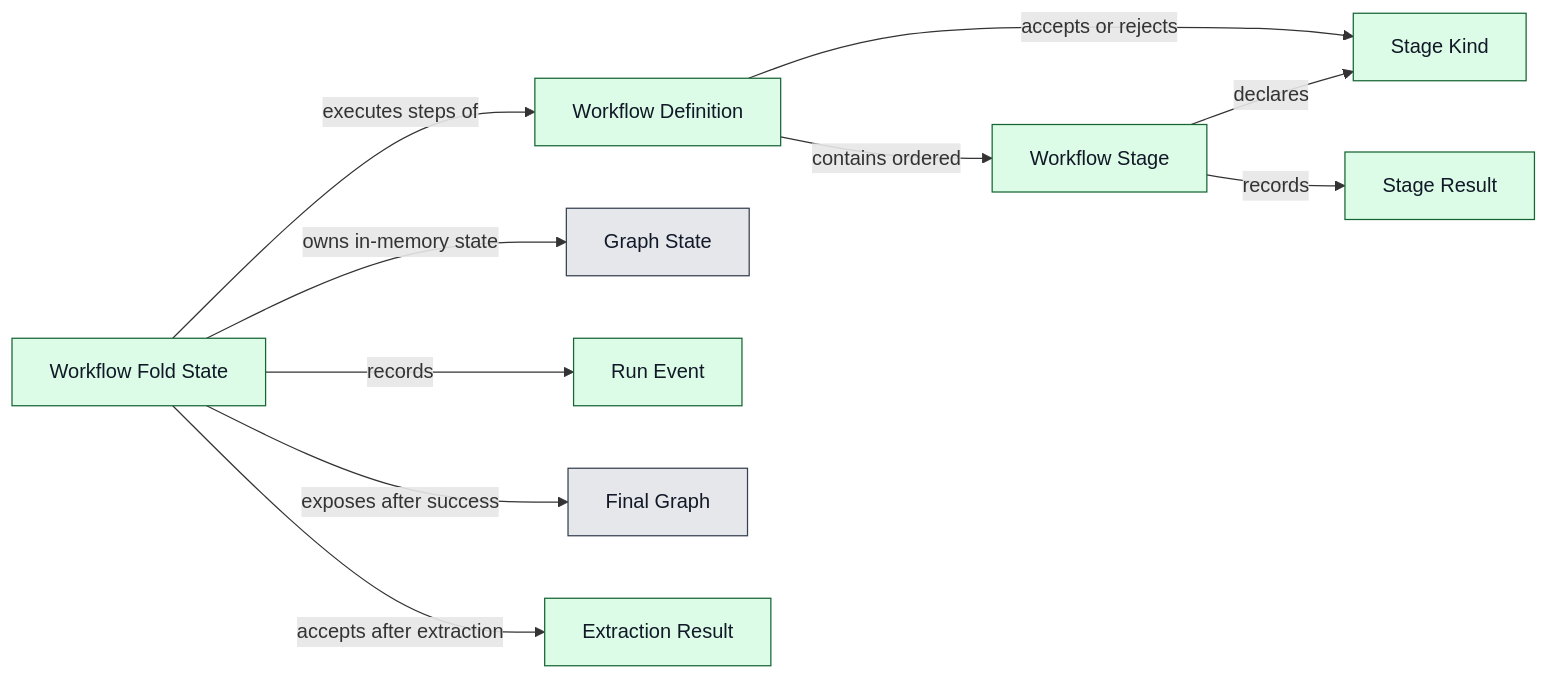
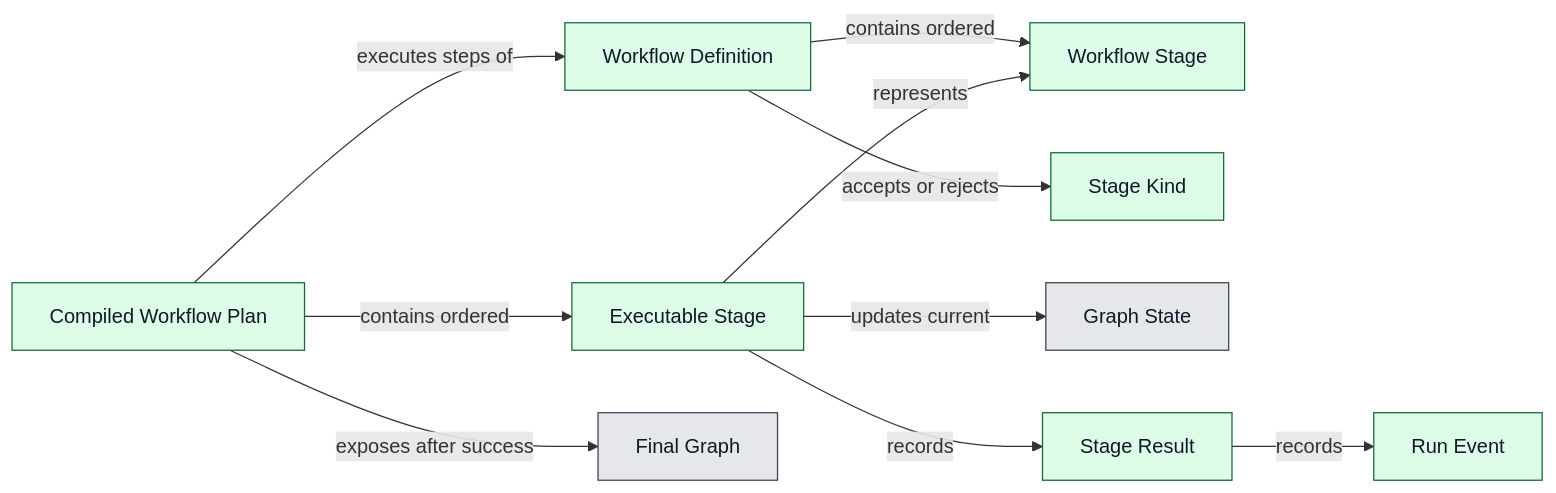
Before and after one commit to NTCoding/living-architecture: the third of 6 diagrams in docs/project/PRD/riviere-extraction-workflows-v1/ARCH.md, drawn with Mermaid. The commit also changed other lines of this file and 4 other files, not shown here.

````diff
--- a/docs/project/PRD/riviere-extraction-workflows-v1/ARCH.md
+++ b/docs/project/PRD/riviere-extraction-workflows-v1/ARCH.md
@@ -55,34 +312,34 @@
 ```mermaid
 flowchart LR
   workflowDefinition["Workflow Definition"]
   workflowStage["Workflow Stage"]
   stageKind["Stage Kind"]
+  compiledPlan["Compiled Workflow Plan"]
+  executableStage["Executable Stage"]
   graphState["Graph State"]
-  workflowStageResult["Stage Result"]
+  stageResult["Stage Result"]
   runEvent["Run Event"]
   finalGraph["Final Graph"]
-  extractionResult["Extraction Result"]
-  workflowFoldState["Workflow Fold State"]
   workflowDefinition -->|contains ordered| workflowStage
-  workflowFoldState -->|executes steps of| workflowDefinition
-  workflowStage -->|declares| stageKind
-  workflowFoldState -->|owns in-memory state| graphState
-  workflowFoldState -->|records| runEvent
-  workflowStage -->|records| workflowStageResult
-  workflowFoldState -->|exposes after success| finalGraph
-  workflowFoldState -->|accepts after extraction| extractionResult
   workflowDefinition -->|accepts or rejects| stageKind
+  compiledPlan -->|executes steps of| workflowDefinition
+  compiledPlan -->|contains ordered| executableStage
+  executableStage -->|represents| workflowStage
+  executableStage -->|updates current| graphState
+  executableStage -->|records| stageResult
+  stageResult -->|records| runEvent
+  compiledPlan -->|exposes after success| finalGraph
   classDef statusExisting fill:#e5e7eb,stroke:#374151,color:#111827
   classDef statusChanged fill:#fef3c7,stroke:#92400e,color:#111827
   classDef statusNew fill:#dcfce7,stroke:#166534,color:#111827
   classDef statusOpen fill:#fee2e2,stroke:#991b1b,color:#111827
   class workflowDefinition statusNew
   class workflowStage statusNew
   class stageKind statusNew
+  class compiledPlan statusNew
+  class executableStage statusNew
   class graphState statusExisting
-  class workflowStageResult statusNew
+  class stageResult statusNew
   class runEvent statusNew
   class finalGraph statusExisting
-  class extractionResult statusNew
-  class workflowFoldState statusNew
 ```
````
